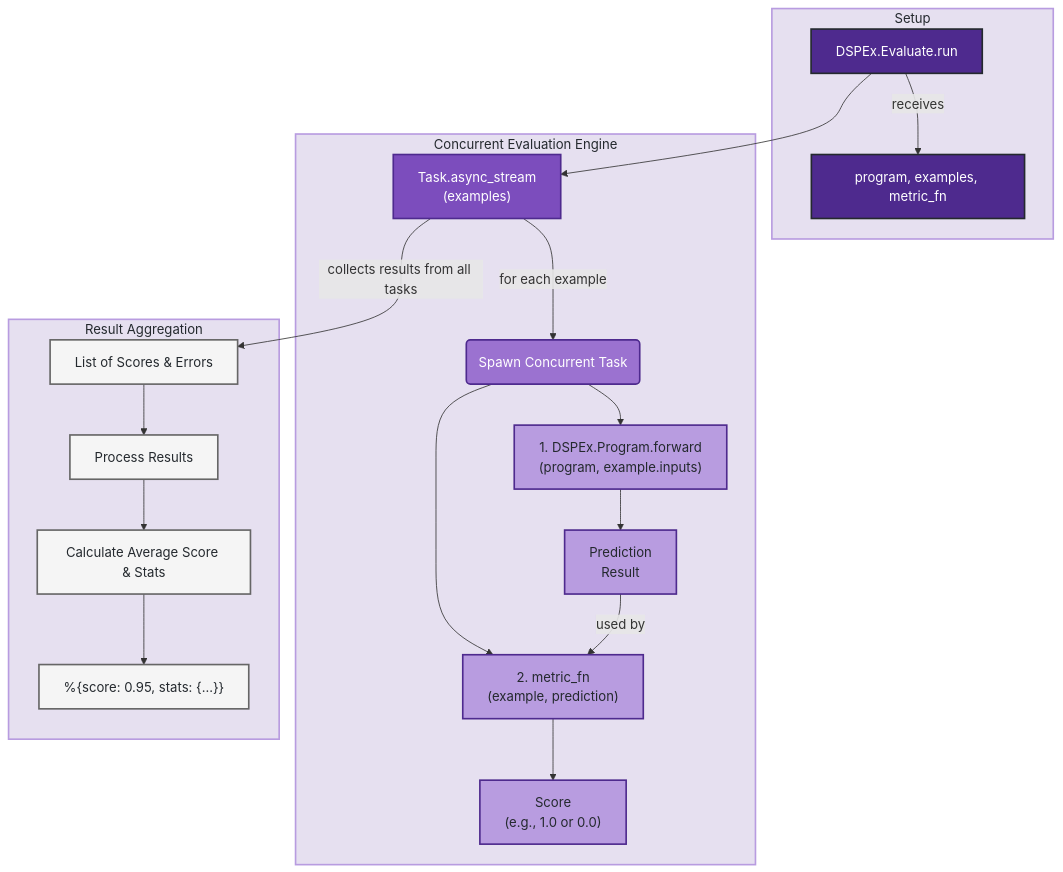
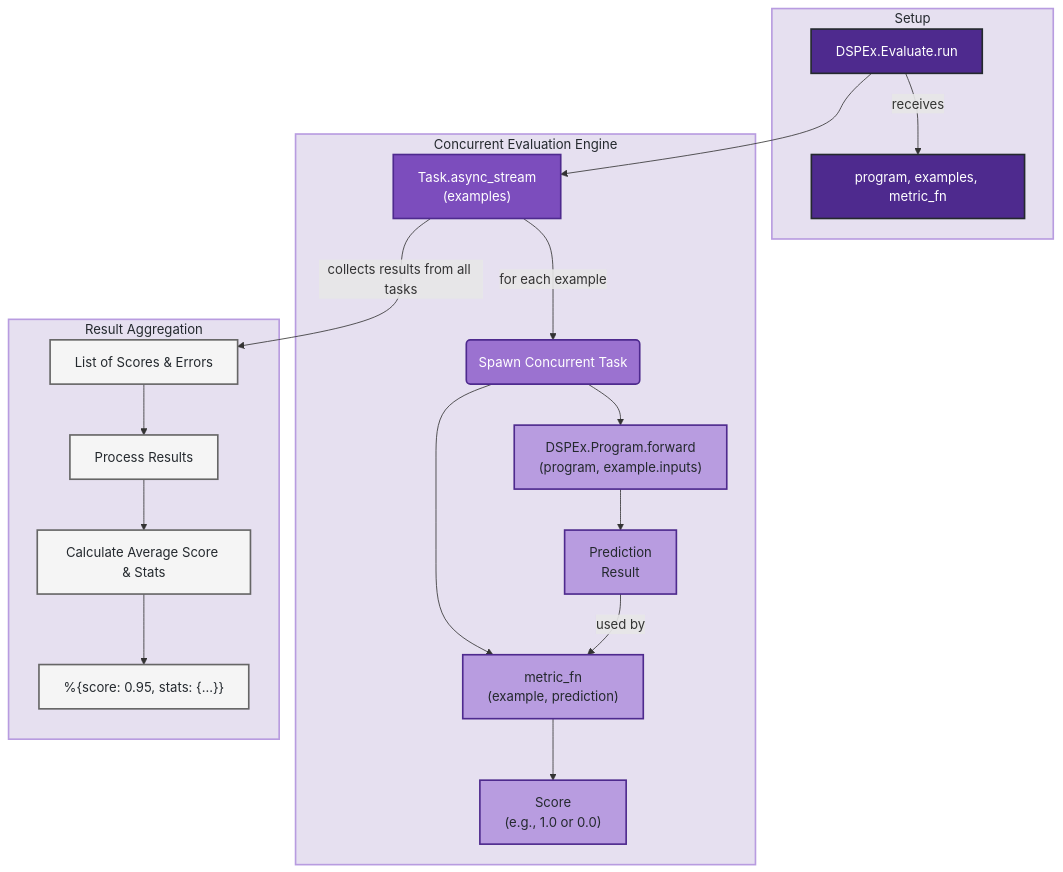
The third of 5 diagrams in DIAGS.md (nshkrdotcom/ds_ex), drawn with Mermaid before and after one commit. The commit also changed other lines of this file and 2 other files, not shown here.

````diff
--- a/DIAGS.md
+++ b/DIAGS.md
@@ -182,41 +182,41 @@
 ```mermaid
 graph TD
     subgraph SETUP["Setup"]
         A[DSPEx.Evaluate.run]
         Inputs["program, examples, metric_fn"]
         A -- receives --> Inputs
     end
 
     subgraph CEE["Concurrent Evaluation Engine"]
         A --> B["Task.async_stream<br/>(examples)"]
         B -- for each example --> C("Spawn Concurrent Task")
-        C --> D["1. DSPEx.Program.forward<br/>(program, example.inputs)"]
+        C --> D["DSPEx.Program.forward<br/>(program, example.inputs)"]
         D --> E["Prediction<br/>Result"]
-        C --> F["2. metric_fn<br/>(example, prediction)"]
+        C --> F["metric_fn<br/>(example, prediction)"]
         F --> G["Score<br/>(e.g., 1.0 or 0.0)"]
         E -- used by --> F
     end
 
     subgraph RA["Result Aggregation"]
         B -- collects results from all tasks --> H[List of Scores & Errors]
         H --> I["Process Results"]
         I --> J[Calculate Average Score & Stats]
         J --> K["%{score: 0.95, stats: {...}}"]
     end
 
     %% Elixir-inspired styling
     classDef setupPhase fill:#4e2a8e,stroke:#24292e,stroke-width:2px,color:#fff
     classDef concurrentEngine fill:#7c4dbd,stroke:#4e2a8e,stroke-width:2px,color:#fff
     classDef taskNode fill:#9b72d0,stroke:#4e2a8e,stroke-width:2px,color:#fff
     classDef processNode fill:#b89ce0,stroke:#4e2a8e,stroke-width:2px,color:#24292e
     classDef resultNode fill:#d4c5ec,stroke:#4e2a8e,stroke-width:1px,color:#24292e
     classDef aggregationPhase fill:#f5f5f5,stroke:#666,stroke-width:2px,color:#24292e
     classDef subgraphTitleTop fill:#e6e0f0,stroke:#b89ce0,stroke-width:2px,color:#24292e
 
     class A,Inputs setupPhase
     class B concurrentEngine
     class C taskNode
     class D,E,F,G processNode
     class H,I,J,K aggregationPhase
     class SETUP,CEE,RA subgraphTitleTop
 ```
````
